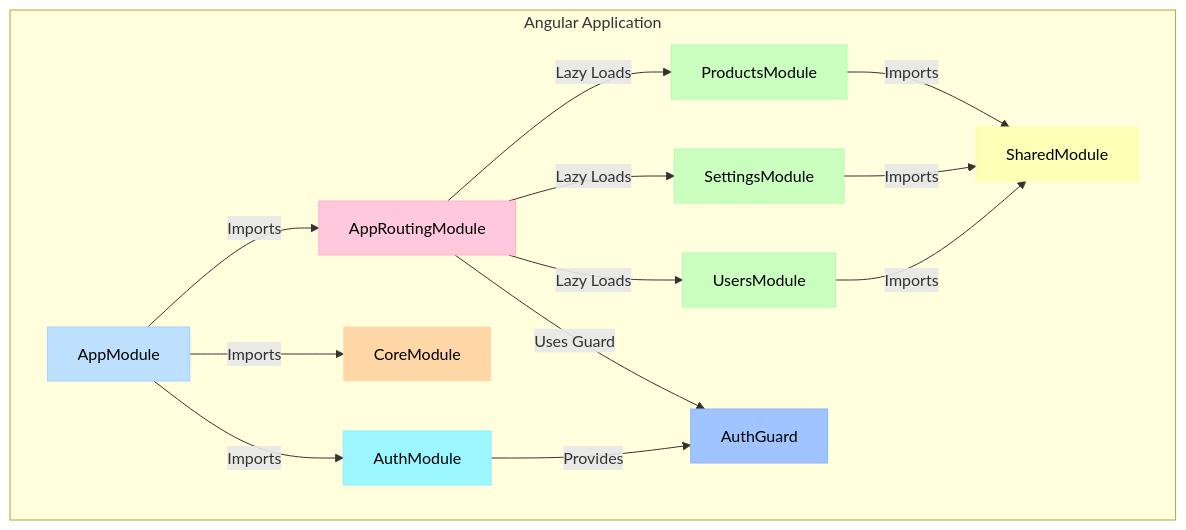
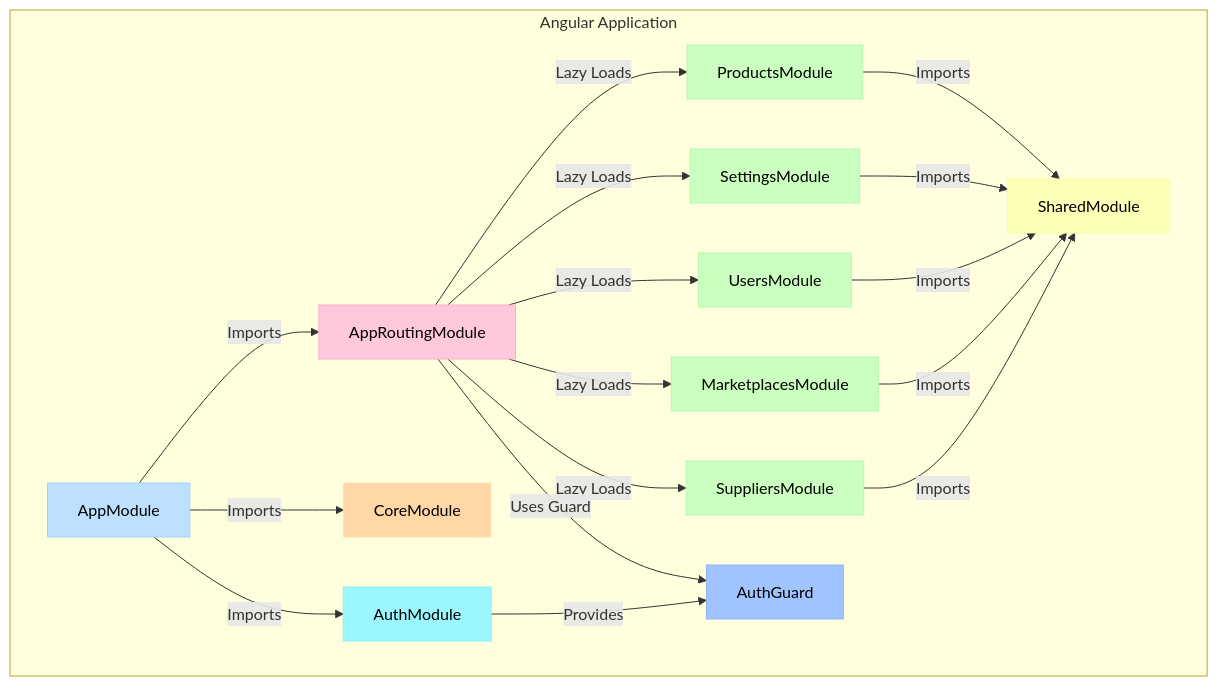
Before and after one commit to nickvander/fulcrum: the second of 2 diagrams in docs/concepts/architecture.md, drawn with Mermaid. The commit also changed other lines of this file and 77 other files, not shown here.

````diff
--- a/docs/concepts/architecture.md
+++ b/docs/concepts/architecture.md
@@ -192,37 +192,43 @@
 ```mermaid
 graph TD
     classDef app_module fill:#BDE0FE,stroke:#A2D2FF,color:#000
     classDef routing_module fill:#FFC8DD,stroke:#FFAFCC,color:#000
     classDef core_module fill:#FFD6A5,stroke:#FDDFB2,color:#000
     classDef shared_module fill:#FDFFB6,stroke:#F9FFA4,color:#000
     classDef feature_module fill:#CAFFBF,stroke:#B3F8AD,color:#000
     classDef auth_module fill:#9BF6FF,stroke:#86F2FC,color:#000
     classDef auth_guard fill:#A0C4FF,stroke:#8EB5F2,color:#000
 
     subgraph "Angular Application"
         A["AppModule"]:::app_module
         B["AppRoutingModule"]:::routing_module
         C["CoreModule"]:::core_module
         D["SharedModule"]:::shared_module
         E["AuthModule"]:::auth_module
         F["ProductsModule"]:::feature_module
         G["SettingsModule"]:::feature_module
         H["UsersModule"]:::feature_module
+        J["MarketplacesModule"]:::feature_module
+        K["SuppliersModule"]:::feature_module
         I["AuthGuard"]:::auth_guard
     end
 
     A -- "Imports" --> B
     A -- "Imports" --> C
     A -- "Imports" --> E
 
     B -- "Lazy Loads" --> F
     B -- "Lazy Loads" --> G
     B -- "Lazy Loads" --> H
+    B -- "Lazy Loads" --> J
+    B -- "Lazy Loads" --> K
 
     F -- "Imports" --> D
     G -- "Imports" --> D
     H -- "Imports" --> D
+    J -- "Imports" --> D
+    K -- "Imports" --> D
 
     E -- "Provides" --> I
     B -- "Uses Guard" --> I
 ```
````
